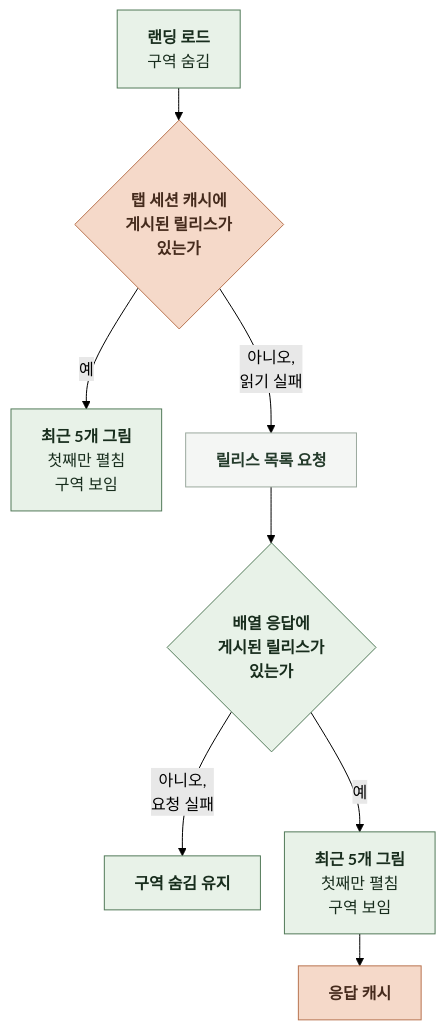
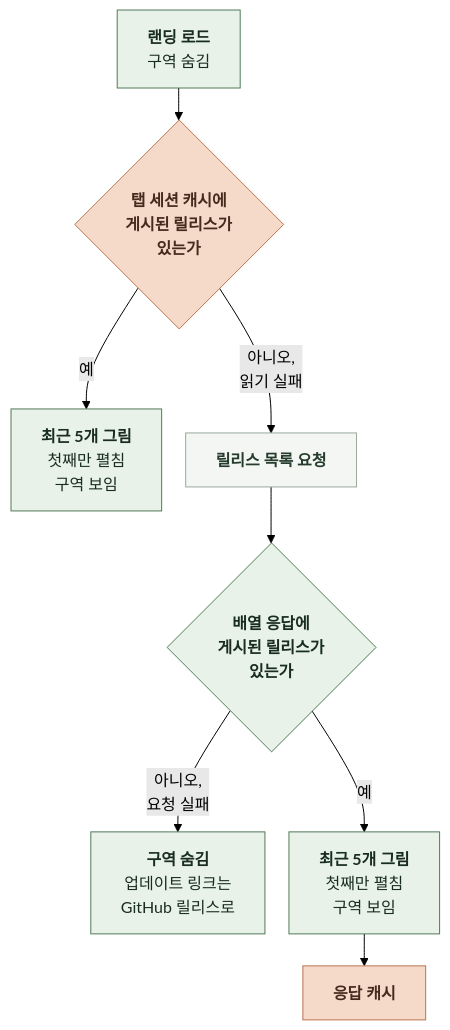
One commit to kangkyunghyun/LinKHU changed the sixth of 7 diagrams in docs/spec/6-1-INTERACTION.md. Above: the diagram before and after it, drawn with Mermaid (forest theme). The commit also changed 7 other files, not shown here.

````diff
--- a/docs/spec/6-1-INTERACTION.md
+++ b/docs/spec/6-1-INTERACTION.md
@@ -292,28 +292,30 @@
 ```mermaid
 %%{init: {"flowchart": {"curve": "basis", "nodeSpacing": 24, "rankSpacing": 32}}}%%
 flowchart TD
     A["`**랜딩 로드**
 구역 숨김`"] --> B{"`**탭 세션 캐시에
 게시된 릴리스가
 있는가**`"}
     B -->|예| G["`**최근 5개 그림**
 첫째만 펼침
 구역 보임`"]
     B -->|"`아니오,
 읽기 실패`"| C["`**릴리스 목록 요청**`"]
     C --> E{"`**배열 응답에
 게시된 릴리스가
 있는가**`"}
     E -->|"`아니오,
-요청 실패`"| X["`**구역 숨김 유지**`"]
+요청 실패`"| X["`**구역 숨김**
+업데이트 링크는
+GitHub 릴리스로`"]
     E -->|예| G2["`**최근 5개 그림**
 첫째만 펼침
 구역 보임`"]
     G2 --> H["`**응답 캐시**`"]
     classDef comp fill:#E8F2E8,stroke:#527A59,color:#182D1D
     classDef store fill:#F5D9C9,stroke:#B97450,color:#452B1D
     classDef ext fill:#F4F6F4,stroke:#9BA99E,color:#253C2C
     class A,E,G,G2,X comp
     class B,H store
     class C ext
 ```
````
